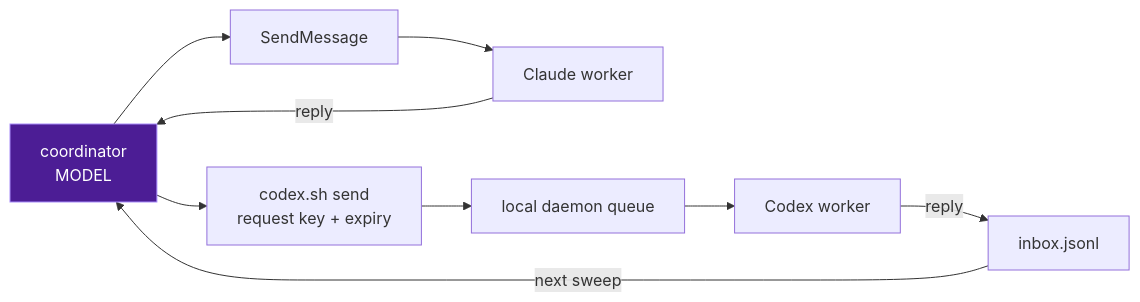
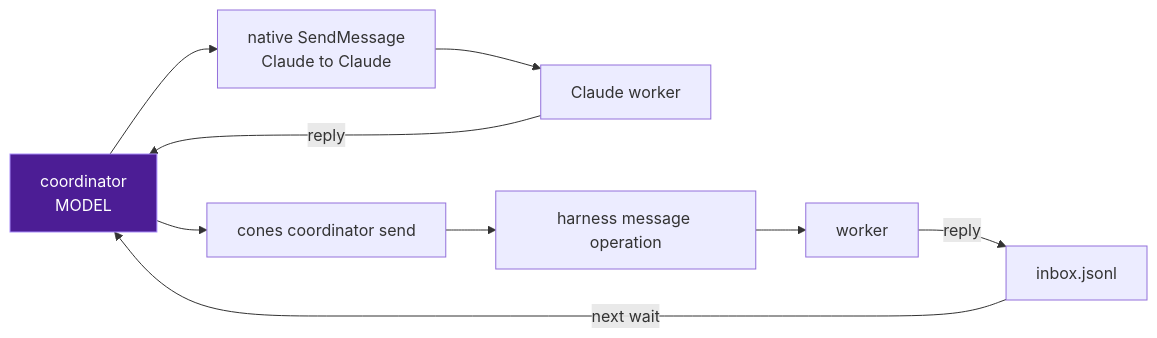
One commit to YuvalSarel1/cones changed the fourth of 4 diagrams in docs/architecture.md. Above: the diagram before and after it, drawn with Mermaid. The commit also changed other lines of this file and 26 other files, not shown here.

````diff
--- a/docs/architecture.md
+++ b/docs/architecture.md
@@ -203,14 +222,15 @@
 ```mermaid
 flowchart LR
     Coord["coordinator<br/>MODEL"]
-    SM["SendMessage"] --> CS["Claude worker"]
-    CX["codex.sh send<br/>request key + expiry"] --> Daemon["local daemon queue"] --> CT["Codex worker"]
+    SM["native SendMessage<br/>Claude to Claude"] --> CS["Claude worker"]
+    CX["cones coordinator send"] --> Op["harness message operation"]
+    Op --> CT["worker"]
     CT -->|reply| Inbox["inbox.jsonl"]
     Coord --> SM
     Coord --> CX
     CS -->|reply| Coord
-    Inbox -->|next sweep| Coord
+    Inbox -->|next wait| Coord
 
     classDef model fill:#4c1d95,stroke:#a78bfa,color:#fff
     class Coord model
 ```
````
